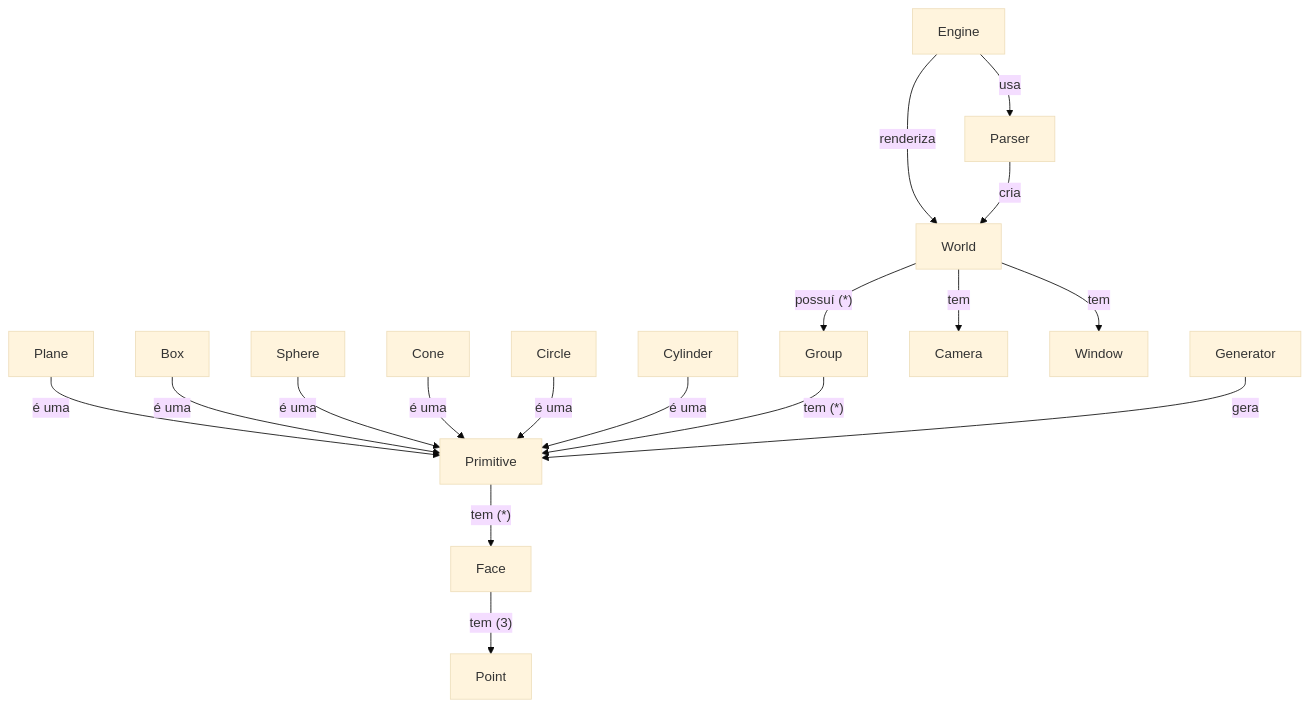
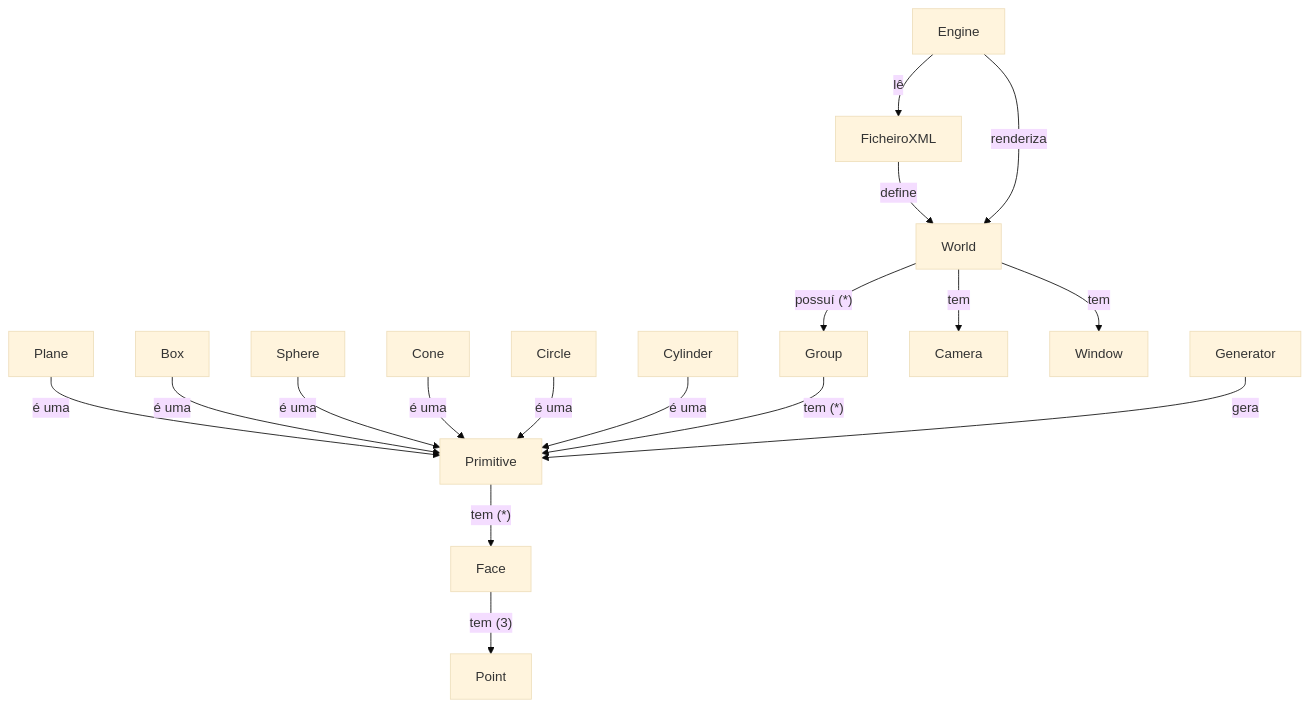
The first of 2 diagrams in README.md (guinucool/ProjCompGrafica24UM), drawn with Mermaid (base theme) before and after one commit.

````diff
--- a/README.md
+++ b/README.md
@@ -181,19 +181,19 @@
 ```mermaid
 graph TD
     Primitive-- tem (*) -->Face
     Face-- tem (3) -->Point
     Plane-- é uma -->Primitive
     Box-- é uma -->Primitive
     Sphere-- é uma -->Primitive
     Cone-- é uma -->Primitive
     Circle-- é uma -->Primitive
     Cylinder-- é uma -->Primitive
     Group-- tem (*) -->Primitive
     World-- possuí (*) -->Group
     World-- tem -->Camera
     World-- tem -->Window
+    Engine-- lê -->FicheiroXML
+    FicheiroXML-- define -->World
     Engine-- renderiza -->World
-    Engine-- usa -->Parser
-    Parser-- cria -->World
     Generator-- gera -->Primitive
 ```
````
